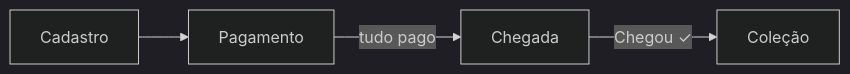
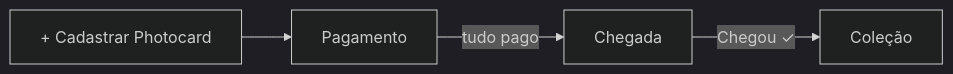
One commit to renokkj/pop-collection changed the diagram in README.md. Above: the diagram before and after it, drawn with Mermaid (dark theme). The commit also changed other lines of this file and 1 other file, not shown here.

````diff
--- a/README.md
+++ b/README.md
@@ -29,6 +33,6 @@
 ```mermaid
 flowchart LR
-    A[Cadastro] --> B[Pagamento]
+    A[+ Cadastrar Photocard] --> B[Pagamento]
     B -->|tudo pago| C[Chegada]
     C -->|Chegou ✓| D[Coleção]
 ```
````
